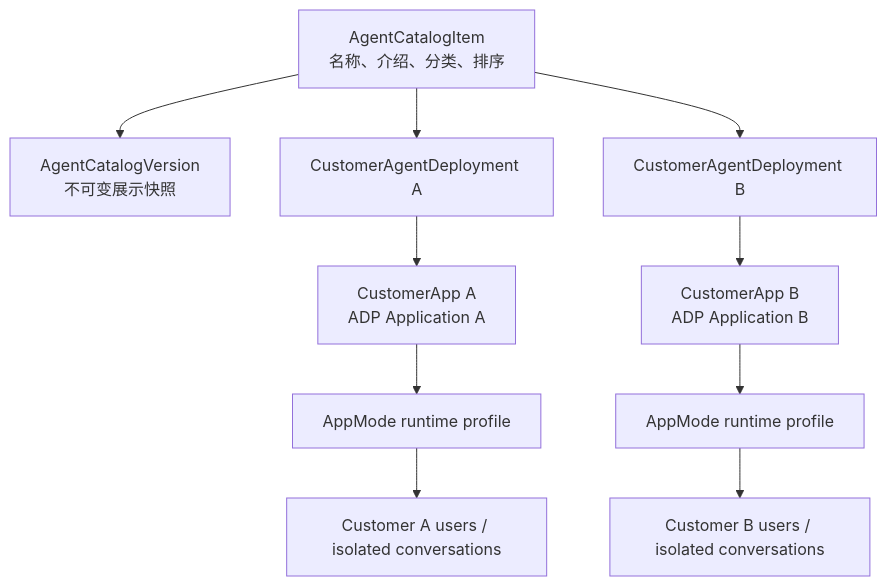
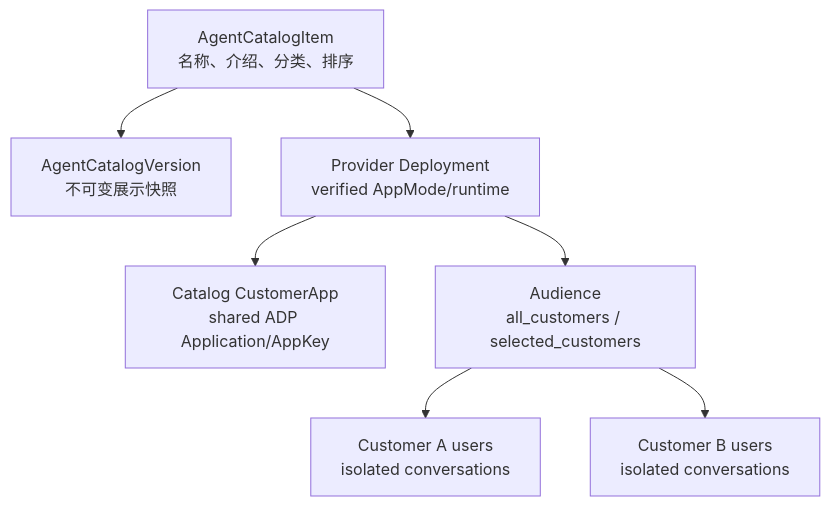
The second of 55 diagrams in docs/adp-claw-workbench-playground-replacement-design.md (jeffzha/new-api), drawn with Mermaid before and after one commit. The commit also changed other lines of this file and 25 other files, not shown here.

Commit message:
feat(workbench): unify Agent Store application listing

````diff
--- a/docs/adp-claw-workbench-playground-replacement-design.md
+++ b/docs/adp-claw-workbench-playground-replacement-design.md
@@ -109,12 +109,9 @@
 ```mermaid
 flowchart TD
   Catalog["AgentCatalogItem<br/>名称、介绍、分类、排序"] --> V["AgentCatalogVersion<br/>不可变展示快照"]
-  Catalog --> D1["CustomerAgentDeployment A"]
-  Catalog --> D2["CustomerAgentDeployment B"]
-  D1 --> CA1["CustomerApp A<br/>ADP Application A"]
-  D2 --> CA2["CustomerApp B<br/>ADP Application B"]
-  CA1 --> R1["AppMode runtime profile"]
-  CA2 --> R2["AppMode runtime profile"]
-  R1 --> U1["Customer A users / isolated conversations"]
-  R2 --> U2["Customer B users / isolated conversations"]
+  Catalog --> D["Provider Deployment<br/>verified AppMode/runtime"]
+  D --> CA["Catalog CustomerApp<br/>shared ADP Application/AppKey"]
+  D --> A["Audience<br/>all_customers / selected_customers"]
+  A --> U1["Customer A users<br/>isolated conversations"]
+  A --> U2["Customer B users<br/>isolated conversations"]
 ```
````
